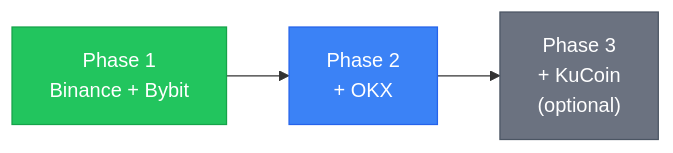
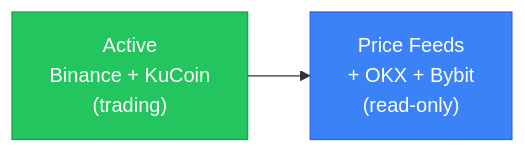
Before and after one commit to Pann13223029/crypto-triangular-arbitrage: the sixth of 17 diagrams in architecture-cross-exchange.md, drawn with Mermaid. The commit also changed other lines of this file and 2 other files, not shown here.

````diff
--- a/architecture-cross-exchange.md
+++ b/architecture-cross-exchange.md
@@ -182,9 +248,7 @@
 ```mermaid
 graph LR
-    P1["Phase 1<br/>Binance + Bybit"] --> P2["Phase 2<br/>+ OKX"]
-    P2 --> P3["Phase 3<br/>+ KuCoin<br/>(optional)"]
+    P1["Active<br/>Binance + KuCoin<br/>(trading)"] --> P2["Price Feeds<br/>+ OKX + Bybit<br/>(read-only)"]
 
     style P1 fill:#22c55e,stroke:#16a34a,color:#fff
     style P2 fill:#3b82f6,stroke:#2563eb,color:#fff
-    style P3 fill:#6b7280,stroke:#4b5563,color:#fff
 ```
````
